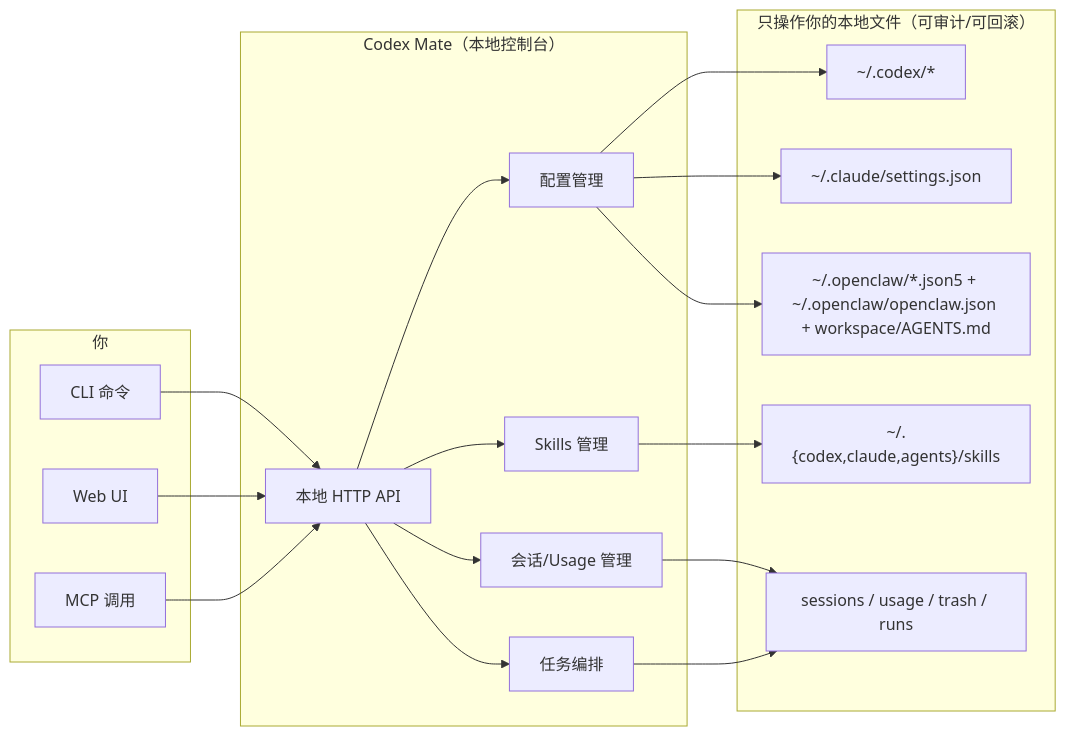
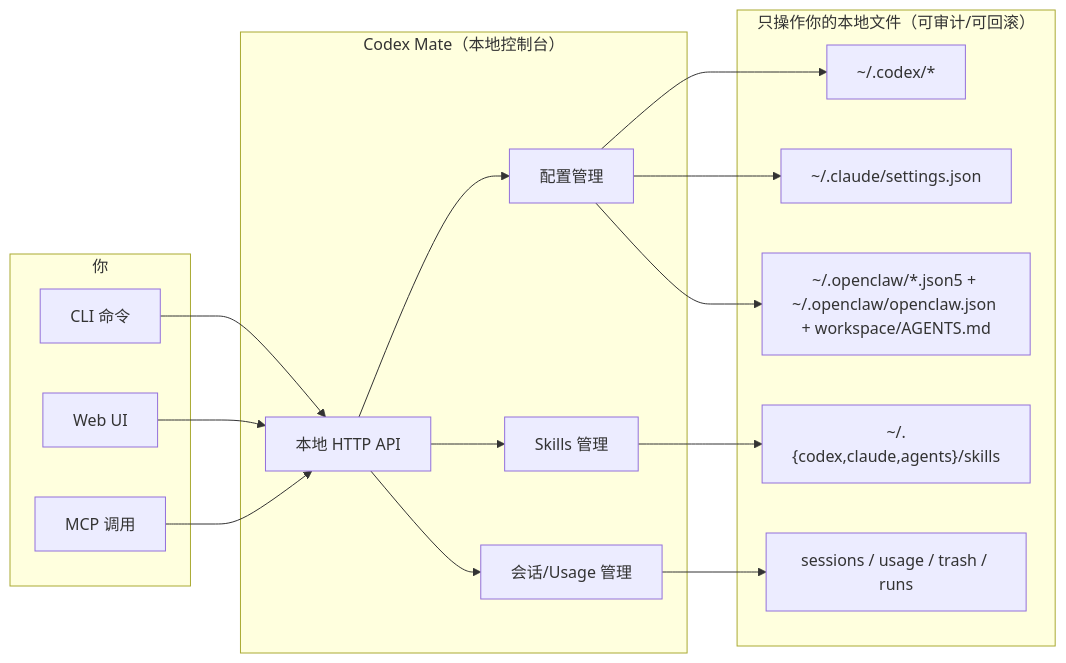
One commit to ymkiux/codexmate changed the diagram in README.md. Above: the diagram before and after it, drawn with Mermaid. The commit also changed other lines of this file and 1 other file, not shown here.

Commit message:
docs: mark task orchestration as planned

````diff
--- a/README.md
+++ b/README.md
@@ -83,40 +80,37 @@
 ```mermaid
 flowchart LR
     subgraph You["你"]
       CLI["CLI 命令"]
       WEB["Web UI"]
       MCP["MCP 调用"]
     end
 
     subgraph Mate["Codex Mate（本地控制台）"]
       API["本地 HTTP API"]
       CFG["配置管理"]
       SESS["会话/Usage 管理"]
       SKL["Skills 管理"]
-      TASK["任务编排"]
     end
 
     subgraph Files["只操作你的本地文件（可审计/可回滚）"]
       CODEX["~/.codex/*"]
       CLAUDE["~/.claude/settings.json"]
       OPENCLAW["~/.openclaw/*.json5 + ~/.openclaw/openclaw.json + workspace/AGENTS.md"]
       SKILLS["~/.{codex,claude,agents}/skills"]
       SESSFILES["sessions / usage / trash / runs"]
     end
 
     CLI --> API
     WEB --> API
     MCP --> API
 
     API --> CFG
     API --> SESS
     API --> SKL
-    API --> TASK
 
     CFG --> CODEX
     CFG --> CLAUDE
     CFG --> OPENCLAW
     SKL --> SKILLS
     SESS --> SESSFILES
-    TASK --> SESSFILES
 ```
````
